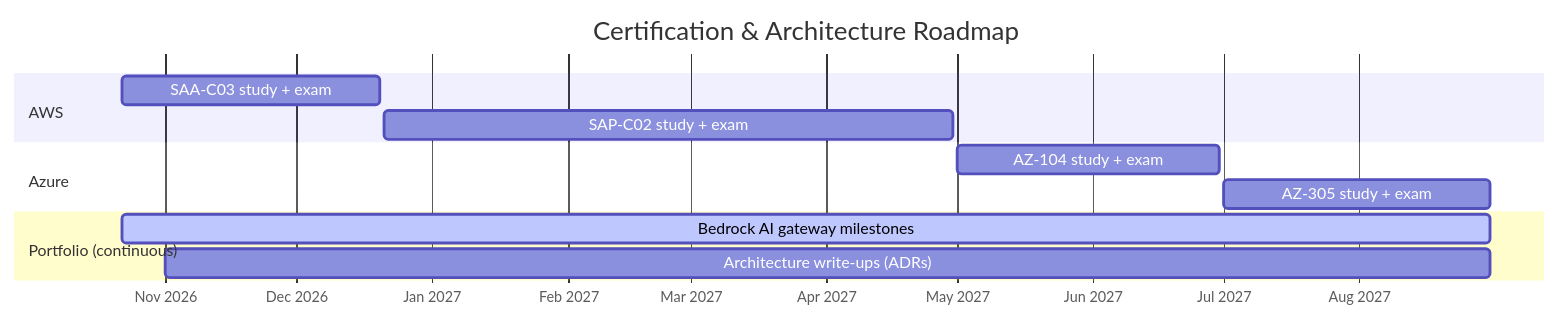
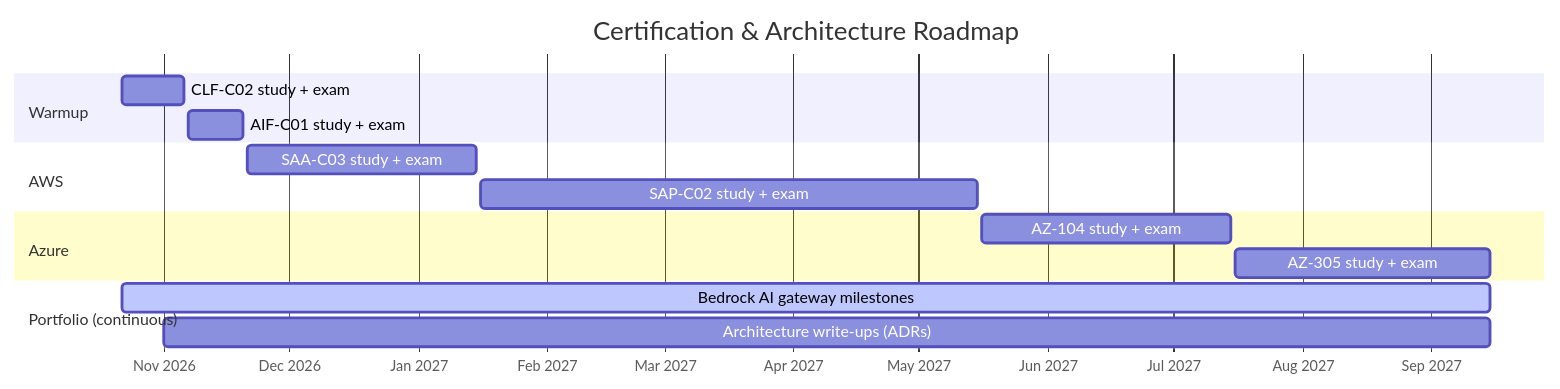
The diagram in 01 - Certification & Architecture Roadmap.md (bar2sek/professional-technology), drawn with Mermaid before and after one commit. The commit also changed other lines of this file and 1 other file, not shown here.

Commit message:
feat: update certification roadmap with foundational warmup and revised exam timelines

````diff
--- a/01 - Certification & Architecture Roadmap.md
+++ b/01 - Certification & Architecture Roadmap.md
@@ -41,18 +42,22 @@
 ```mermaid
 gantt
     title Certification & Architecture Roadmap
     dateFormat YYYY-MM-DD
     axisFormat %b %Y
 
+    section Warmup
+    CLF-C02 study + exam           :clf, 2026-10-22, 2026-11-06
+    AIF-C01 study + exam           :aif, 2026-11-07, 2026-11-20
+
     section AWS
-    SAA-C03 study + exam           :saa, 2026-10-22, 2026-12-20
-    SAP-C02 study + exam           :sap, 2026-12-21, 2027-04-30
+    SAA-C03 study + exam           :saa, 2026-11-21, 2027-01-15
+    SAP-C02 study + exam           :sap, 2027-01-16, 2027-05-15
 
     section Azure
-    AZ-104 study + exam            :az104, 2027-05-01, 2027-06-30
-    AZ-305 study + exam            :az305, 2027-07-01, 2027-08-31
+    AZ-104 study + exam            :az104, 2027-05-16, 2027-07-15
+    AZ-305 study + exam            :az305, 2027-07-16, 2027-09-15
 
     section Portfolio (continuous)
-    Bedrock AI gateway milestones  :active, 2026-10-22, 2027-08-31
-    Architecture write-ups (ADRs)  :2026-11-01, 2027-08-31
+    Bedrock AI gateway milestones  :active, 2026-10-22, 2027-09-15
+    Architecture write-ups (ADRs)  :2026-11-01, 2027-09-15
 ```
````
